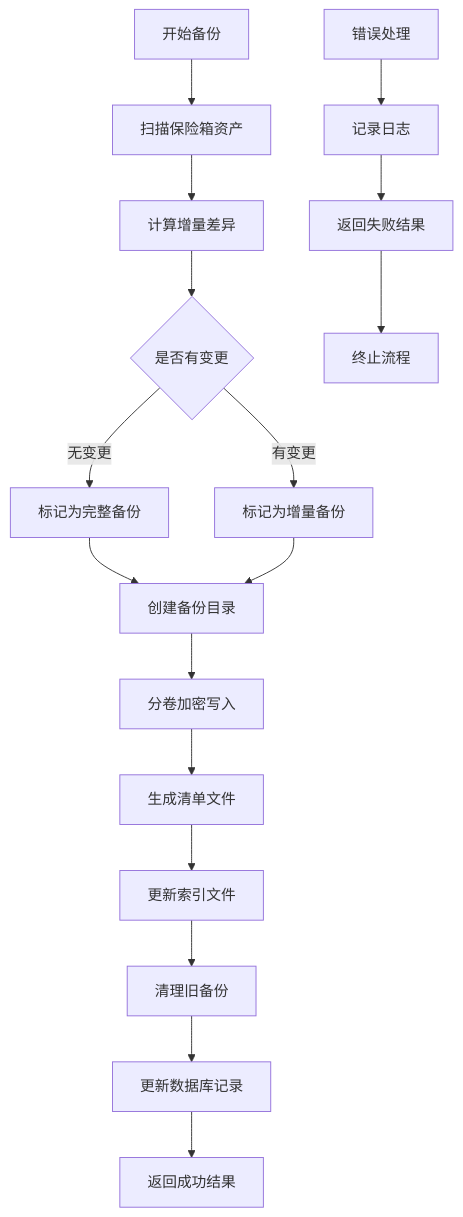
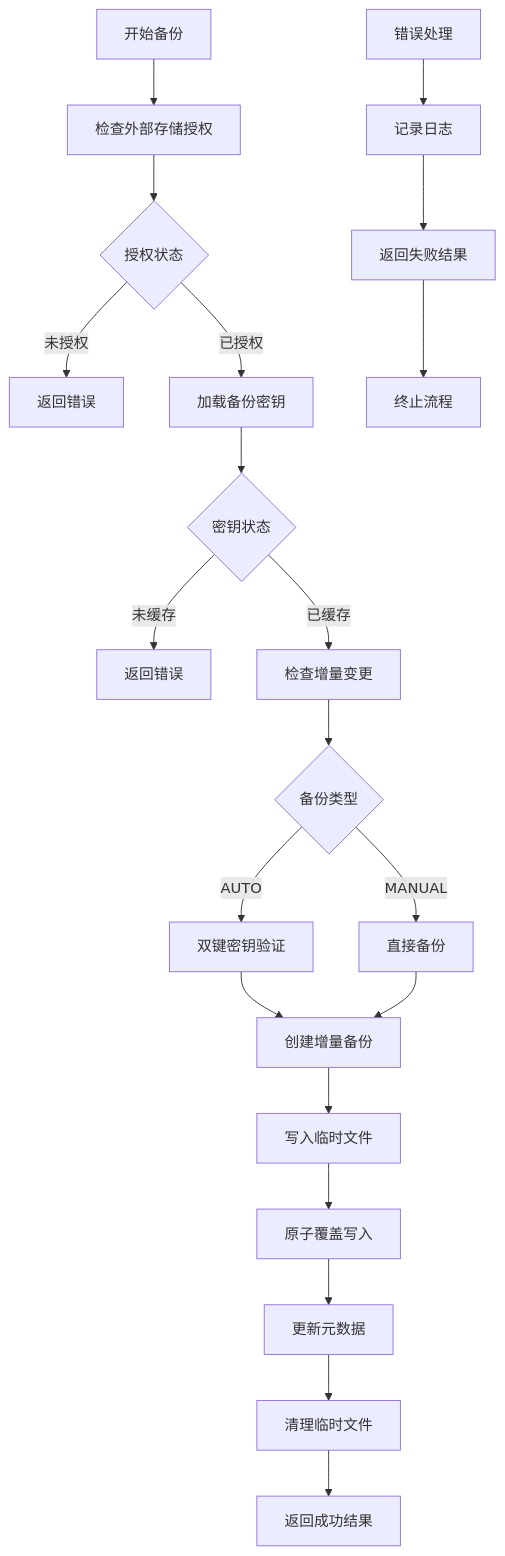
The ninth of 12 diagrams in .qoder/repowiki/zh/content/UI组件系统/备份进度界面.md (wanhongbo/ai-photo-vault), drawn with Mermaid before and after one commit. The commit also changed other lines of this file and 22 other files, not shown here.

````diff
--- a/.qoder/repowiki/zh/content/UI组件系统/备份进度界面.md
+++ b/.qoder/repowiki/zh/content/UI组件系统/备份进度界面.md
@@ -252,19 +328,23 @@
 ```mermaid
 flowchart TD
-A[开始备份] --> B[扫描保险箱资产]
-B --> C[计算增量差异]
-C --> D{是否有变更}
-D --> |无变更| E[标记为完整备份]
-D --> |有变更| F[标记为增量备份]
-E --> G[创建备份目录]
-F --> G
-G --> H[分卷加密写入]
-H --> I[生成清单文件]
-I --> J[更新索引文件]
-J --> K[清理旧备份]
-K --> L[更新数据库记录]
-L --> M[返回成功结果]
-N[错误处理] --> O[记录日志]
-O --> P[返回失败结果]
-P --> Q[终止流程]
+A[开始备份] --> B[检查外部存储授权]
+B --> C{授权状态}
+C --> |未授权| D[返回错误]
+C --> |已授权| E[加载备份密钥]
+E --> F{密钥状态}
+F --> |未缓存| G[返回错误]
+F --> |已缓存| H[检查增量变更]
+H --> I{备份类型}
+I --> |AUTO| J[双键密钥验证]
+I --> |MANUAL| K[直接备份]
+J --> L[创建增量备份]
+K --> L
+L --> M[写入临时文件]
+M --> N[原子覆盖写入]
+N --> O[更新元数据]
+O --> P[清理临时文件]
+P --> Q[返回成功结果]
+R[错误处理] --> S[记录日志]
+S --> T[返回失败结果]
+T --> U[终止流程]
 ```
````
